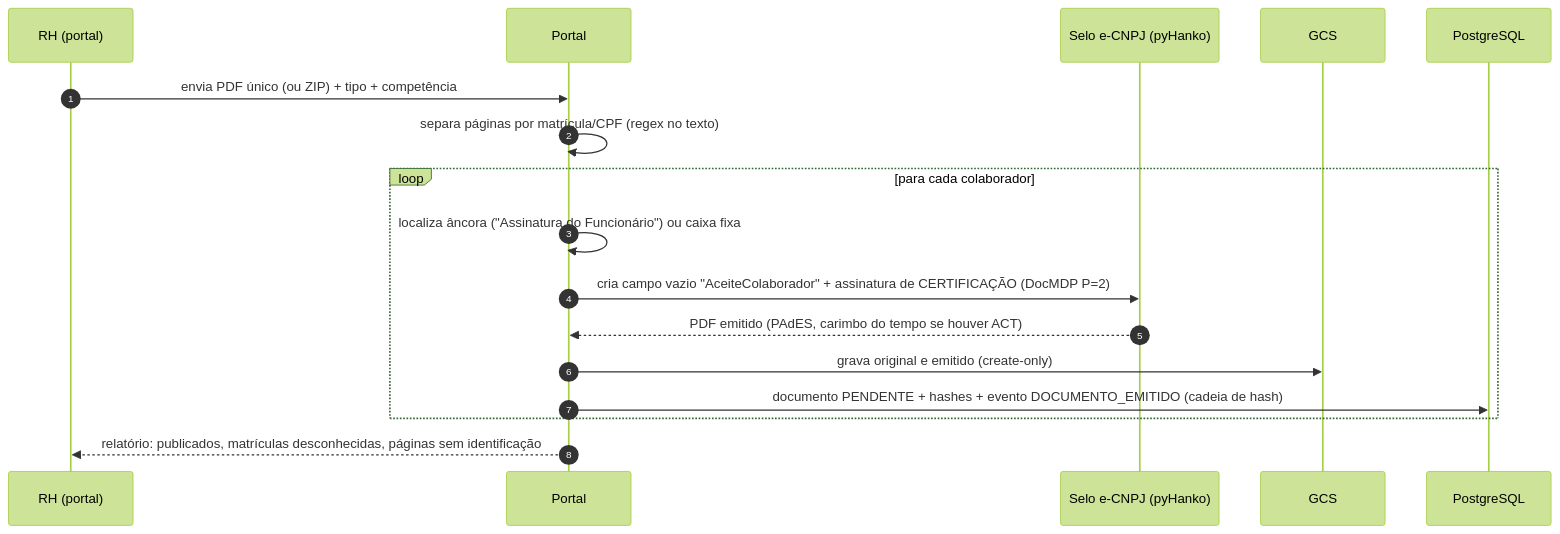
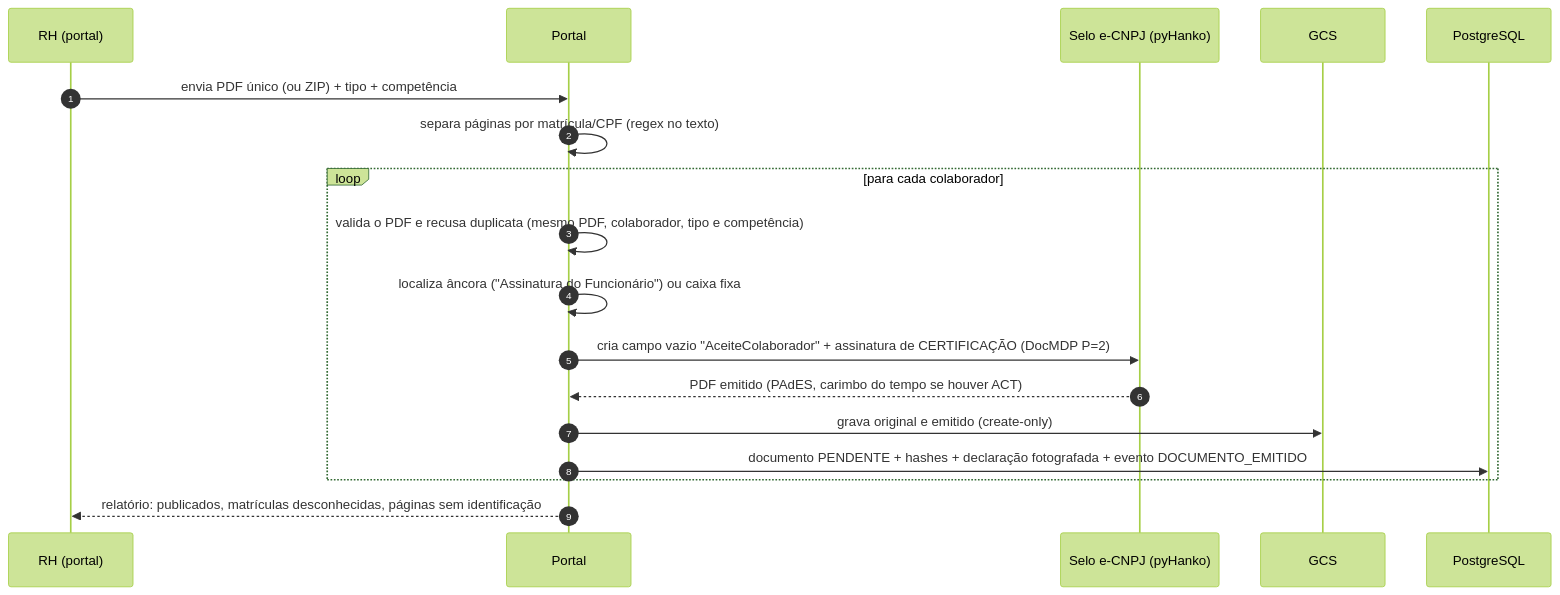
The second of 3 diagrams in docs/arquitetura.md (felisberto-byte/RH), drawn with Mermaid (forest theme) before and after one commit. The commit also changed other lines of this file and 17 other files, not shown here.

````diff
--- a/docs/arquitetura.md
+++ b/docs/arquitetura.md
@@ -45,19 +53,20 @@
 ```mermaid
 sequenceDiagram
   autonumber
   participant RH as RH (portal)
   participant P as Portal
   participant S as Selo e-CNPJ (pyHanko)
   participant G as GCS
   participant DB as PostgreSQL
   RH->>P: envia PDF único (ou ZIP) + tipo + competência
   P->>P: separa páginas por matrícula/CPF (regex no texto)
   loop para cada colaborador
+    P->>P: valida o PDF e recusa duplicata (mesmo PDF, colaborador, tipo e competência)
     P->>P: localiza âncora ("Assinatura do Funcionário") ou caixa fixa
     P->>S: cria campo vazio "AceiteColaborador" + assinatura de CERTIFICAÇÃO (DocMDP P=2)
     S-->>P: PDF emitido (PAdES, carimbo do tempo se houver ACT)
     P->>G: grava original e emitido (create-only)
-    P->>DB: documento PENDENTE + hashes + evento DOCUMENTO_EMITIDO (cadeia de hash)
+    P->>DB: documento PENDENTE + hashes + declaração fotografada + evento DOCUMENTO_EMITIDO
   end
   P-->>RH: relatório: publicados, matrículas desconhecidas, páginas sem identificação
 ```
````
